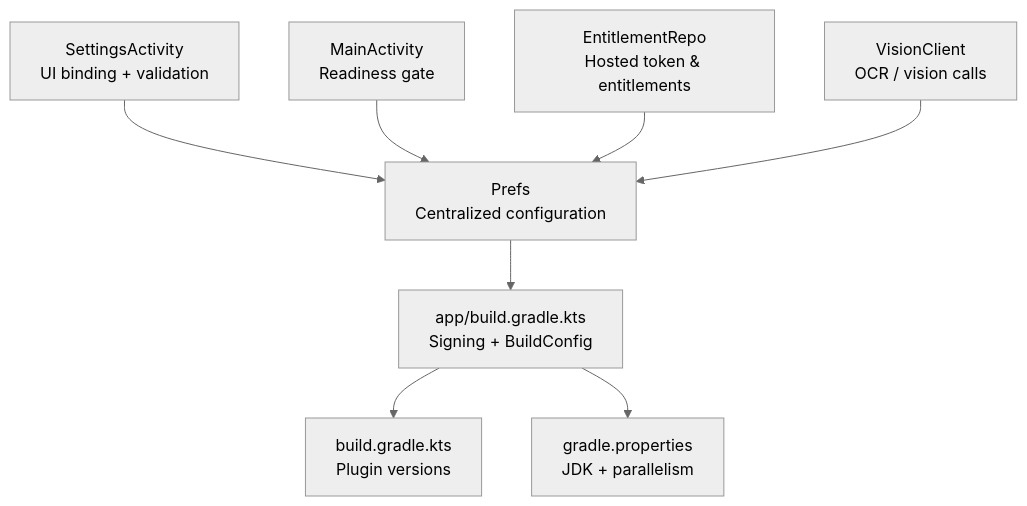
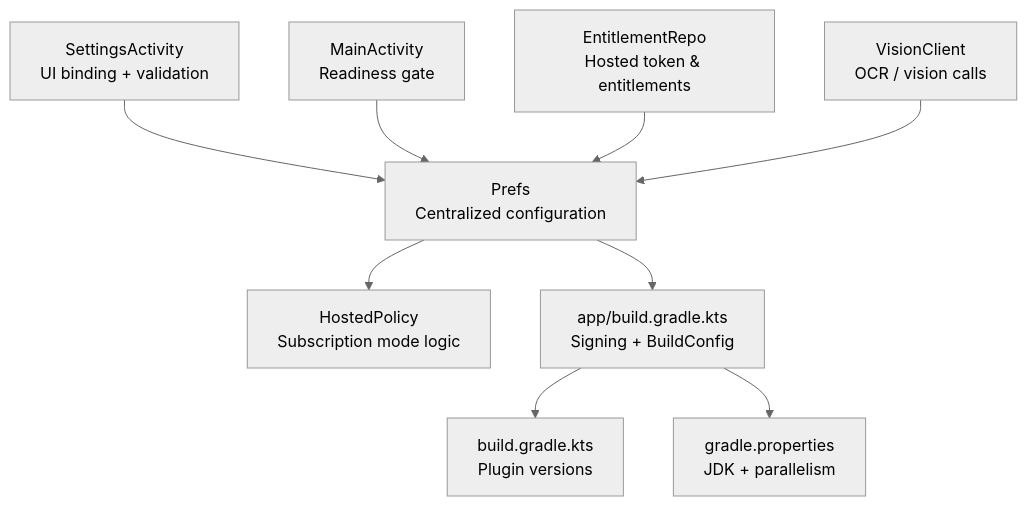
The first of 9 diagrams in .qoder/repowiki/en/content/Configuration Management.md (DeloYong/jev-chat-jarvis), drawn with Mermaid (neutral theme) before and after one commit. The commit also changed other lines of this file and 66 other files, not shown here.

````diff
--- a/.qoder/repowiki/en/content/Configuration Management.md
+++ b/.qoder/repowiki/en/content/Configuration Management.md
@@ -43,18 +55,20 @@
 ```mermaid
 graph TB
 Prefs["Prefs<br/>Centralized configuration"]
+HostedPolicy["HostedPolicy<br/>Subscription mode logic"]
 Settings["SettingsActivity<br/>UI binding + validation"]
 Main["MainActivity<br/>Readiness gate"]
 Billing["EntitlementRepo<br/>Hosted token & entitlements"]
 Vision["VisionClient<br/>OCR / vision calls"]
 GradleApp["app/build.gradle.kts<br/>Signing + BuildConfig"]
 GradleTop["build.gradle.kts<br/>Plugin versions"]
 GradleProps["gradle.properties<br/>JDK + parallelism"]
 Settings --> Prefs
 Main --> Prefs
 Billing --> Prefs
 Vision --> Prefs
+Prefs --> HostedPolicy
 Prefs --> GradleApp
 GradleApp --> GradleTop
 GradleApp --> GradleProps
 ```
````
